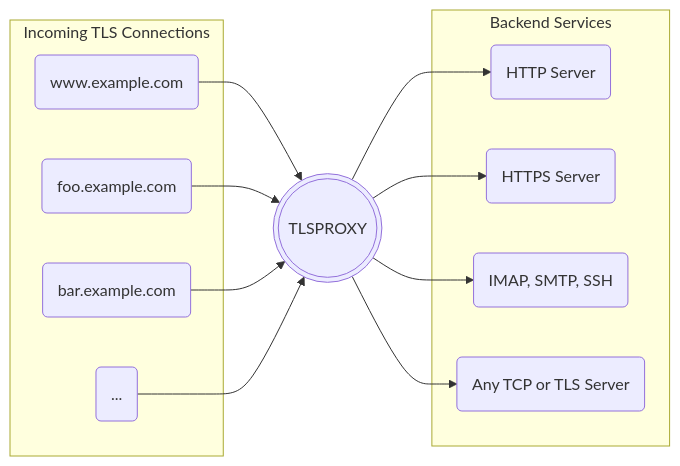
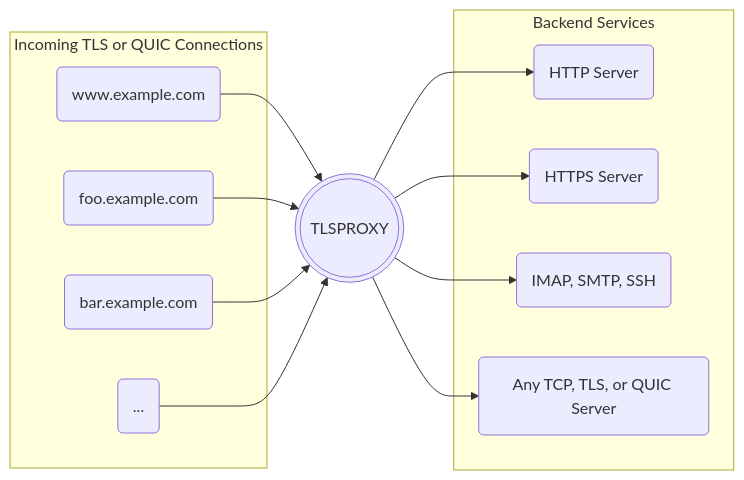
The diagram in README.md (c2FmZQ/tlsproxy), drawn with Mermaid before and after one commit. The commit also changed other lines of this file and 26 other files, not shown here.

````diff
--- a/README.md
+++ b/README.md
@@ -30,24 +31,24 @@
 ```mermaid
 flowchart LR
-  subgraph Incoming TLS Connections
+  subgraph Incoming TLS or QUIC Connections
     h1(www.example.com)
     h2(foo.example.com)
     h3(bar.example.com)
     h4(...)
   end
   prx(((TLSPROXY)))
   subgraph Backend Services
     be1(HTTP Server)
     be2(HTTPS Server)
     be3(IMAP, SMTP, SSH)
-    be4(Any TCP or TLS Server)
+    be4(Any TCP, TLS, or QUIC Server)
   end
   h1-->prx
   h2-->prx
   h3-->prx
   h4-->prx
   prx-->be1
   prx-->be2
   prx-->be3
   prx-->be4
 ```
````
